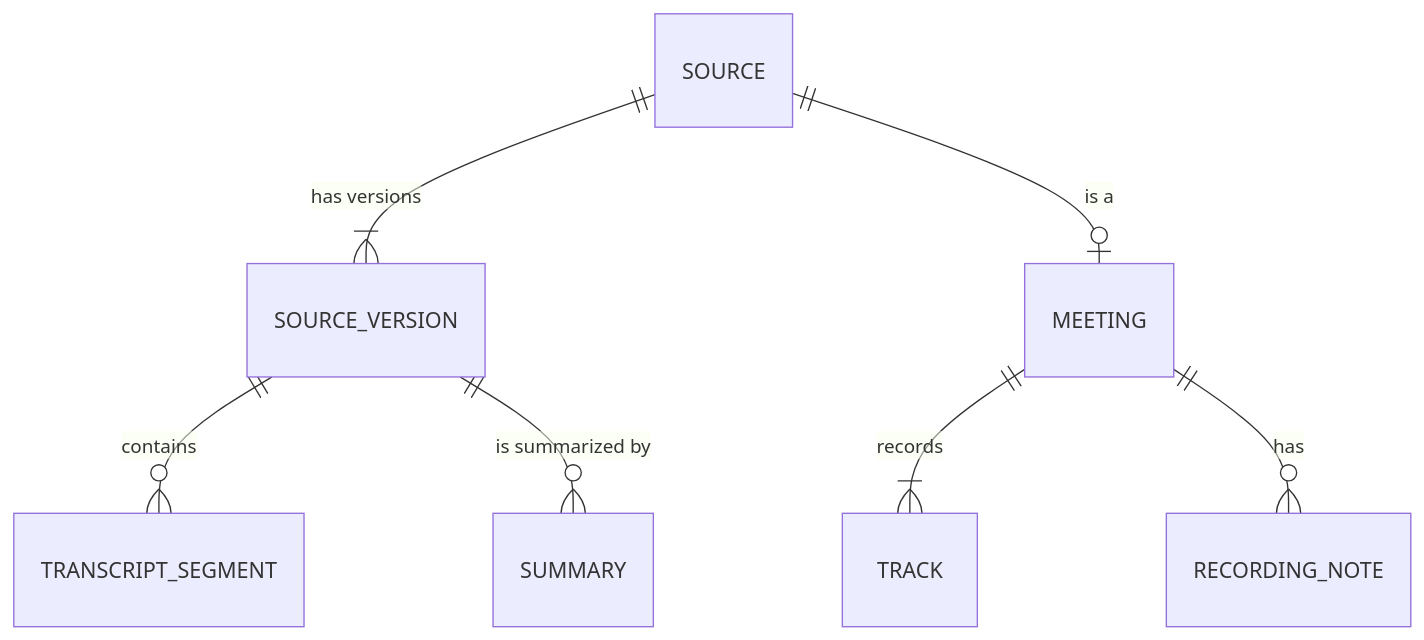
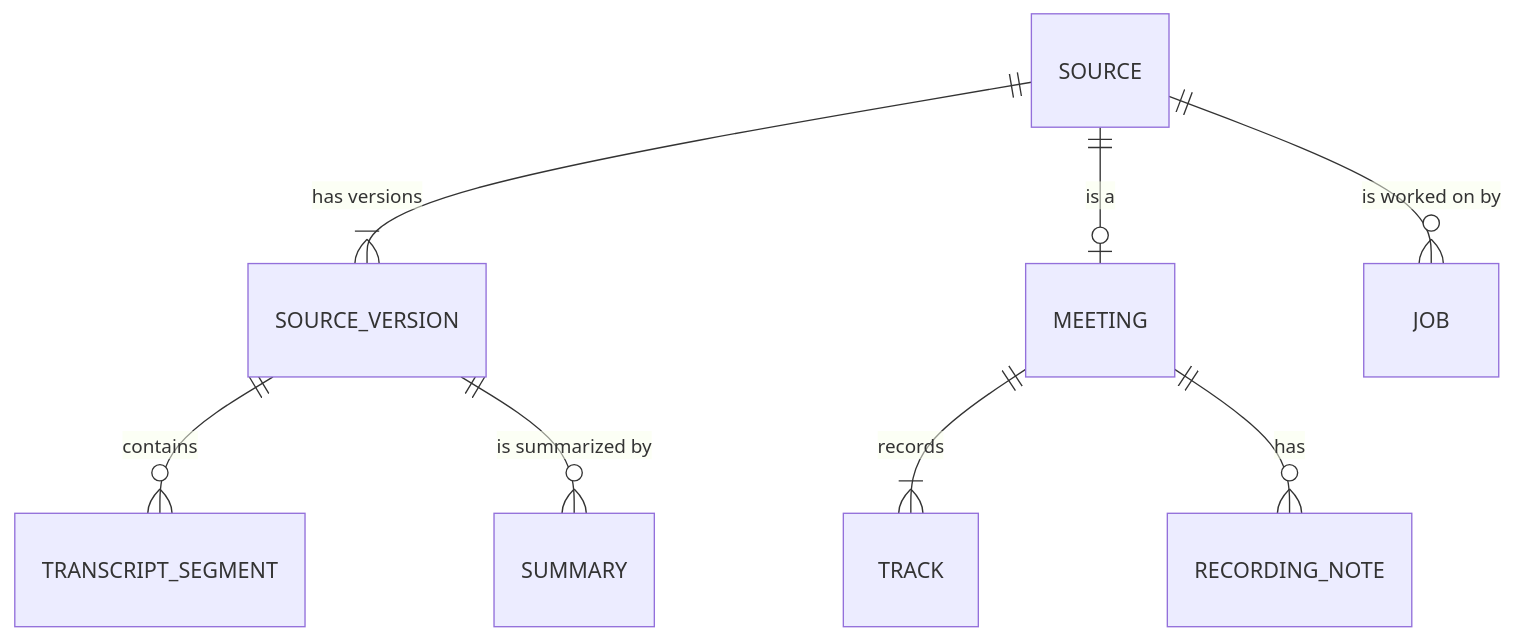
One commit to lorenzotricaricoo/Trama changed the diagram in docs/architecture/data-model.md. Above: the diagram before and after it, drawn with Mermaid. The commit also changed other lines of this file and 19 other files, not shown here.

````diff
--- a/docs/architecture/data-model.md
+++ b/docs/architecture/data-model.md
@@ -59,9 +59,10 @@
 ```mermaid
 erDiagram
     SOURCE ||--|{ SOURCE_VERSION : "has versions"
     SOURCE ||--o| MEETING : "is a"
+    SOURCE ||--o{ JOB : "is worked on by"
     MEETING ||--|{ TRACK : "records"
     MEETING ||--o{ RECORDING_NOTE : "has"
     SOURCE_VERSION ||--o{ TRANSCRIPT_SEGMENT : "contains"
     SOURCE_VERSION ||--o{ SUMMARY : "is summarized by"
 ```
````
